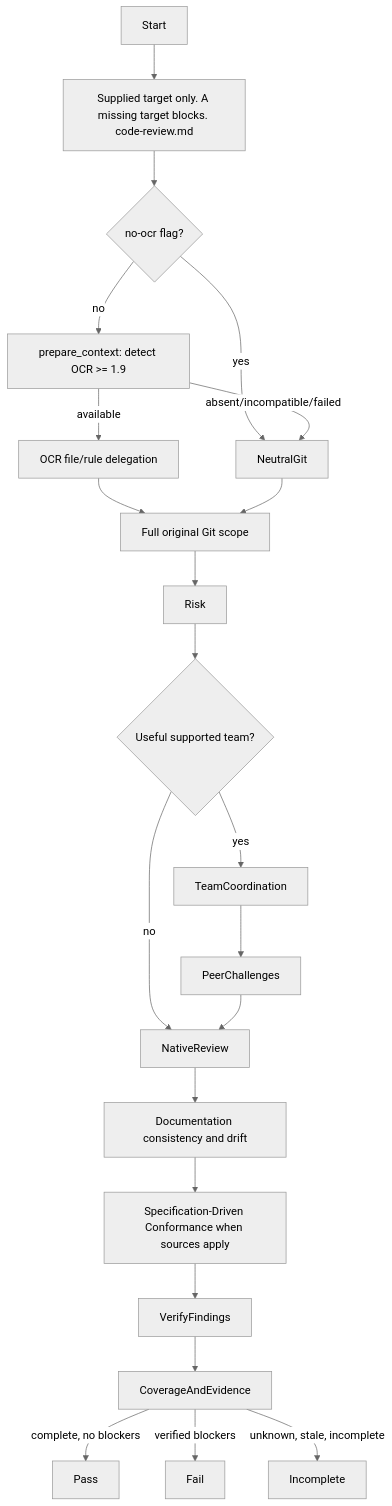
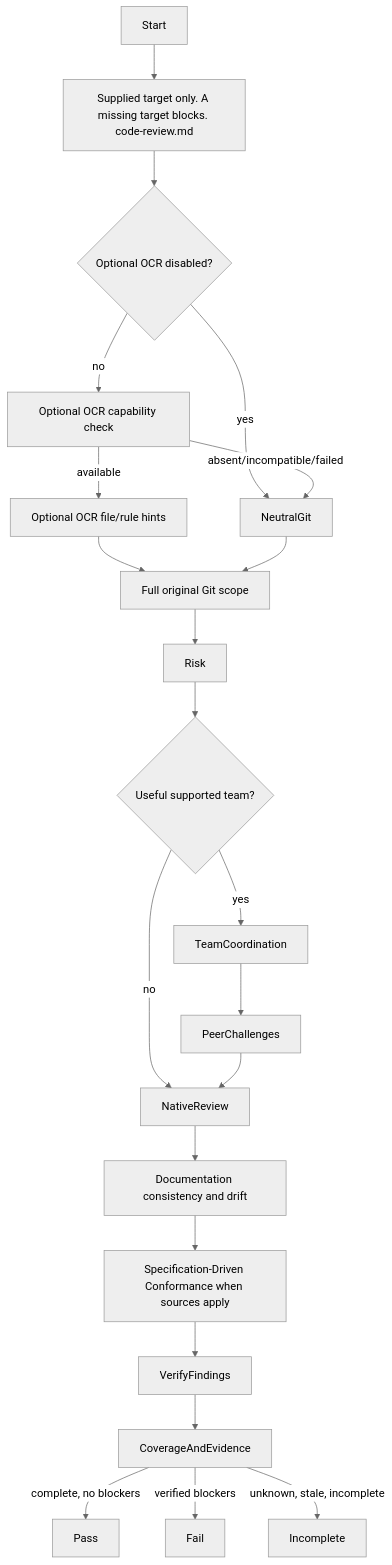
The diagram in contexts/review/skills/review-change/SKILL.md (JadsonLucena/agent-toolkit), drawn with Mermaid (neutral theme) before and after one commit. The commit also changed 11 other files, not shown here.

````diff
--- a/contexts/review/skills/review-change/SKILL.md
+++ b/contexts/review/skills/review-change/SKILL.md
@@ -29,24 +29,24 @@
 ```mermaid
 flowchart TD
     Start --> Preflight["Supplied target only. A missing target blocks. code-review.md"]
-    Preflight --> SkipOCR{no-ocr flag?}
+    Preflight --> SkipOCR{Optional OCR disabled?}
     SkipOCR -->|yes| NeutralGit
-    SkipOCR -->|no| OCRFirst[prepare_context: detect OCR >= 1.9]
-    OCRFirst -->|available| OCRRules[OCR file/rule delegation]
+    SkipOCR -->|no| OCRFirst[Optional OCR capability check]
+    OCRFirst -->|available| OCRRules[Optional OCR file/rule hints]
     OCRFirst -->|absent/incompatible/failed| NeutralGit
     OCRRules --> Scope[Full original Git scope]
     NeutralGit --> Scope
     Scope --> Risk
     Risk --> Mode{Useful supported team?}
     Mode -->|yes| TeamCoordination
     Mode -->|no| NativeReview
     TeamCoordination --> PeerChallenges
     PeerChallenges --> NativeReview
     NativeReview --> DocumentationAssessment[Documentation consistency and drift]
     DocumentationAssessment --> Conformance["Specification-Driven Conformance when sources apply"]
     Conformance --> VerifyFindings
     VerifyFindings --> CoverageAndEvidence
     CoverageAndEvidence -->|complete, no blockers| Pass
     CoverageAndEvidence -->|verified blockers| Fail
     CoverageAndEvidence -->|unknown, stale, incomplete| Incomplete
 ```
````
